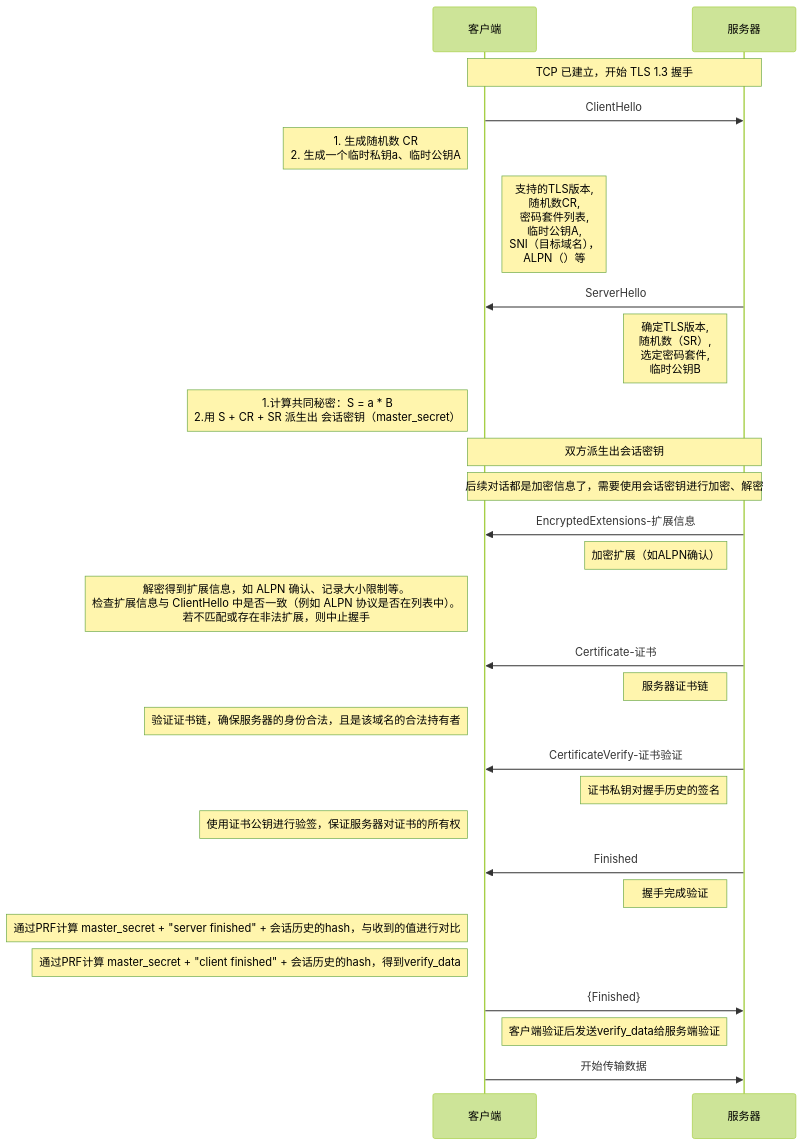
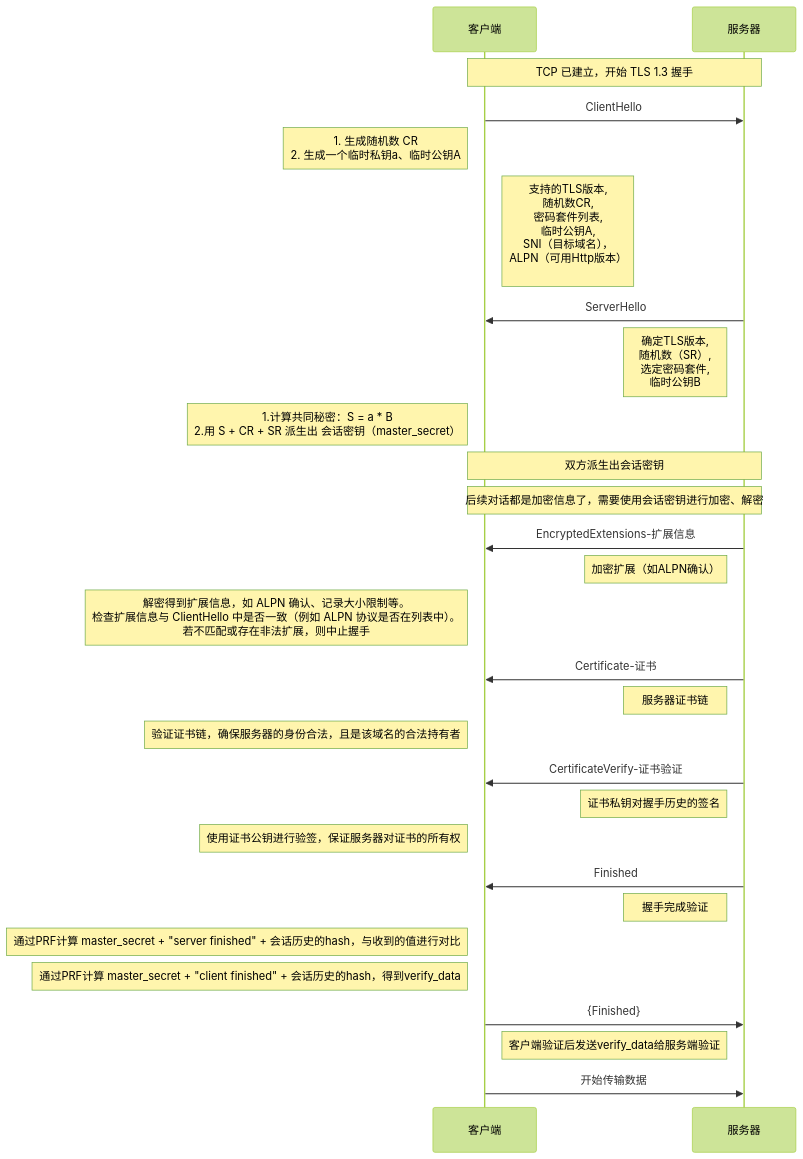
Before and after one commit to HY-10-8/iodraw-files: the diagram in all/TLS-1.3-通用.md, drawn with Mermaid (forest theme).

Commit message:
2026-03-31 11:12:22 update

````diff
--- a/all/TLS-1.3-通用.md
+++ b/all/TLS-1.3-通用.md
@@ -1,40 +1,40 @@
 ```mermaid
 sequenceDiagram
     participant C as 客户端
     participant S as 服务器
 
     Note over C,S: TCP 已建立，开始 TLS 1.3 握手
 
     C->>S: ClientHello
     Note left of C: 1. 生成随机数 CR<br/> 2. 生成一个临时私钥a、临时公钥A
-    Note right of C: 支持的TLS版本,<br/> 随机数CR,<br/> 密码套件列表,<br/> 临时公钥A,<br/> SNI（目标域名）， <br/>ALPN（）等
+    Note right of C: 支持的TLS版本,<br/> 随机数CR,<br/> 密码套件列表,<br/> 临时公钥A,<br/> SNI（目标域名）， <br/>ALPN（可用Http版本）<br/>
 
     S->>C: ServerHello
     Note left of S: 确定TLS版本, <br/>随机数（SR）,<br/> 选定密码套件, <br/>临时公钥B
     Note left of C: 1.计算共同秘密：S = a * B<br/> 2.用 S + CR + SR 派生出 会话密钥（master_secret）
 
     Note over C,S: 双方派生出会话密钥
     Note over C,S: 后续对话都是加密信息了，需要使用会话密钥进行加密、解密
 
     S->>C: EncryptedExtensions-扩展信息
     Note left of S: 加密扩展（如ALPN确认）
     Note left of C: 解密得到扩展信息，如 ALPN 确认、记录大小限制等。<br/>检查扩展信息与 ClientHello 中是否一致（例如 ALPN 协议是否在列表中）。<br/> 若不匹配或存在非法扩展，则中止握手
 
     S->>C: Certificate-证书
     Note left of S: 服务器证书链
     Note left of C: 验证证书链，确保服务器的身份合法，且是该域名的合法持有者
 
     S->>C: CertificateVerify-证书验证
     Note left of S: 证书私钥对握手历史的签名
     Note left of C: 使用证书公钥进行验签，保证服务器对证书的所有权
 
     S->>C: Finished
     Note left of S: 握手完成验证
     Note left of C: 通过PRF计算 master_secret + "server finished" + 会话历史的hash，与收到的值进行对比
     Note left of C: 通过PRF计算 master_secret + "client finished" + 会话历史的hash，得到verify_data
 
     C->>S: {Finished}
     Note right of C: 客户端验证后发送verify_data给服务端验证
 
     C->>S: 开始传输数据
 ```
````
